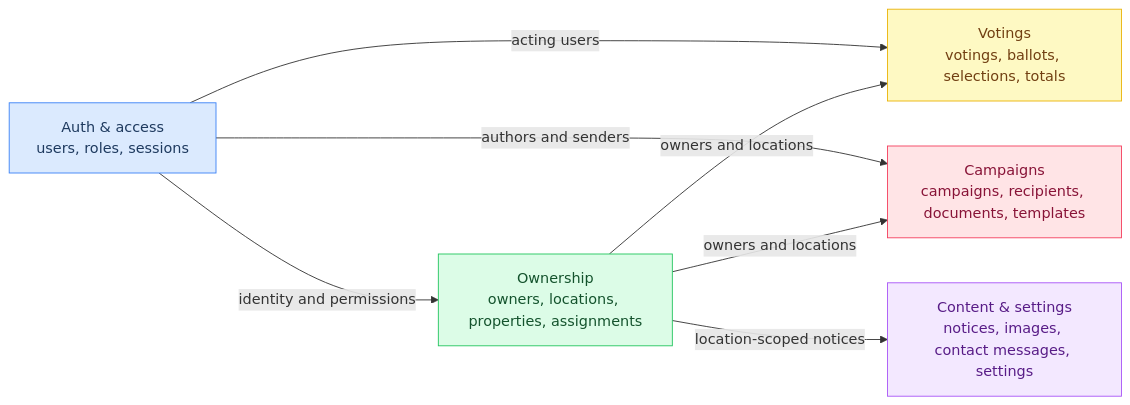
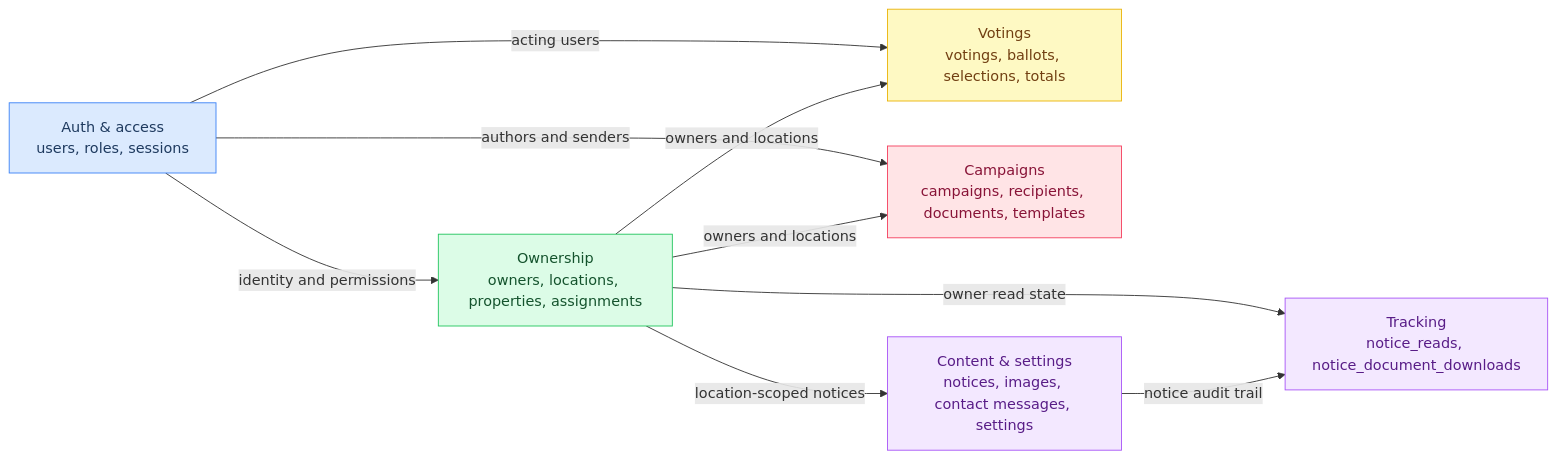
Before and after one commit to amaiagalvez/madaia33: the first of 11 diagrams in .github/skills/database-schema-mermaid/SKILL.md, drawn with Mermaid. The commit also changed other lines of this file and 44 other files, not shown here.

````diff
--- a/.github/skills/database-schema-mermaid/SKILL.md
+++ b/.github/skills/database-schema-mermaid/SKILL.md
@@ -34,22 +34,25 @@
 ```mermaid
 flowchart LR
     AUTH["Auth & access\nusers, roles, sessions"]:::auth
     OWNERSHIP["Ownership\nowners, locations, properties, assignments"]:::ownership
     VOTINGS_G["Votings\nvotings, ballots, selections, totals"]:::votings
     CAMPAIGNS_G["Campaigns\ncampaigns, recipients, documents, templates"]:::campaigns
     CONTENT["Content & settings\nnotices, images, contact messages, settings"]:::content
+    TRACKING["Tracking\nnotice_reads, notice_document_downloads"]:::content
 
     AUTH -->|identity and permissions| OWNERSHIP
     AUTH -->|acting users| VOTINGS_G
     AUTH -->|authors and senders| CAMPAIGNS_G
 
     OWNERSHIP -->|owners and locations| VOTINGS_G
     OWNERSHIP -->|owners and locations| CAMPAIGNS_G
     OWNERSHIP -->|location-scoped notices| CONTENT
+    OWNERSHIP -->|owner read state| TRACKING
+    CONTENT -->|notice audit trail| TRACKING
 
     classDef auth      fill:#dbeafe,stroke:#3b82f6,color:#1e3a5f
     classDef ownership fill:#dcfce7,stroke:#22c55e,color:#14532d
     classDef votings   fill:#fef9c3,stroke:#eab308,color:#713f12
     classDef campaigns fill:#ffe4e6,stroke:#f43f5e,color:#881337
     classDef content   fill:#f3e8ff,stroke:#a855f7,color:#581c87
 ```
````
